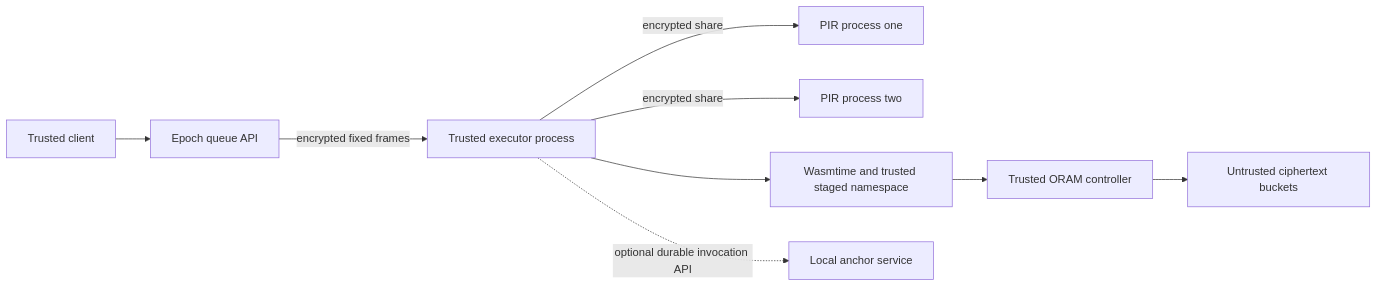
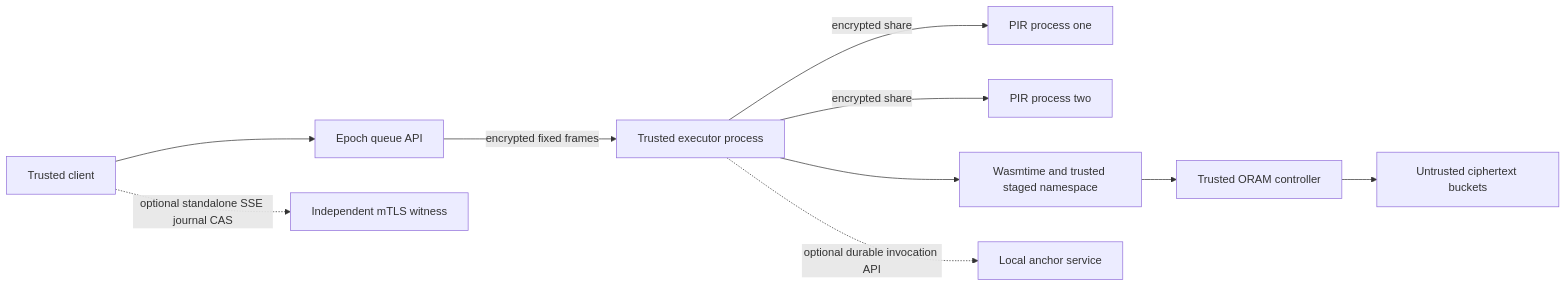
One commit to dumbly-smart/Oblivion changed the diagram in docs/THREAT_MODEL.md. Above: the diagram before and after it, drawn with Mermaid. The commit also changed other lines of this file and 11 other files, not shown here.

Commit message:
docs: document mTLS SSE freshness boundary

````diff
--- a/docs/THREAT_MODEL.md
+++ b/docs/THREAT_MODEL.md
@@ -9,11 +9,12 @@
 ```mermaid
 flowchart LR
   C[Trusted client] --> Q[Epoch queue API]
   Q -->|encrypted fixed frames| E[Trusted executor process]
   E -->|encrypted share| P1[PIR process one]
   E -->|encrypted share| P2[PIR process two]
   E --> W[Wasmtime and trusted staged namespace]
   W --> O[Trusted ORAM controller]
   O --> S[Untrusted ciphertext buckets]
   E -. optional durable invocation API .-> A[Local anchor service]
+  C -. optional standalone SSE journal CAS .-> R[Independent mTLS witness]
 ```
````
